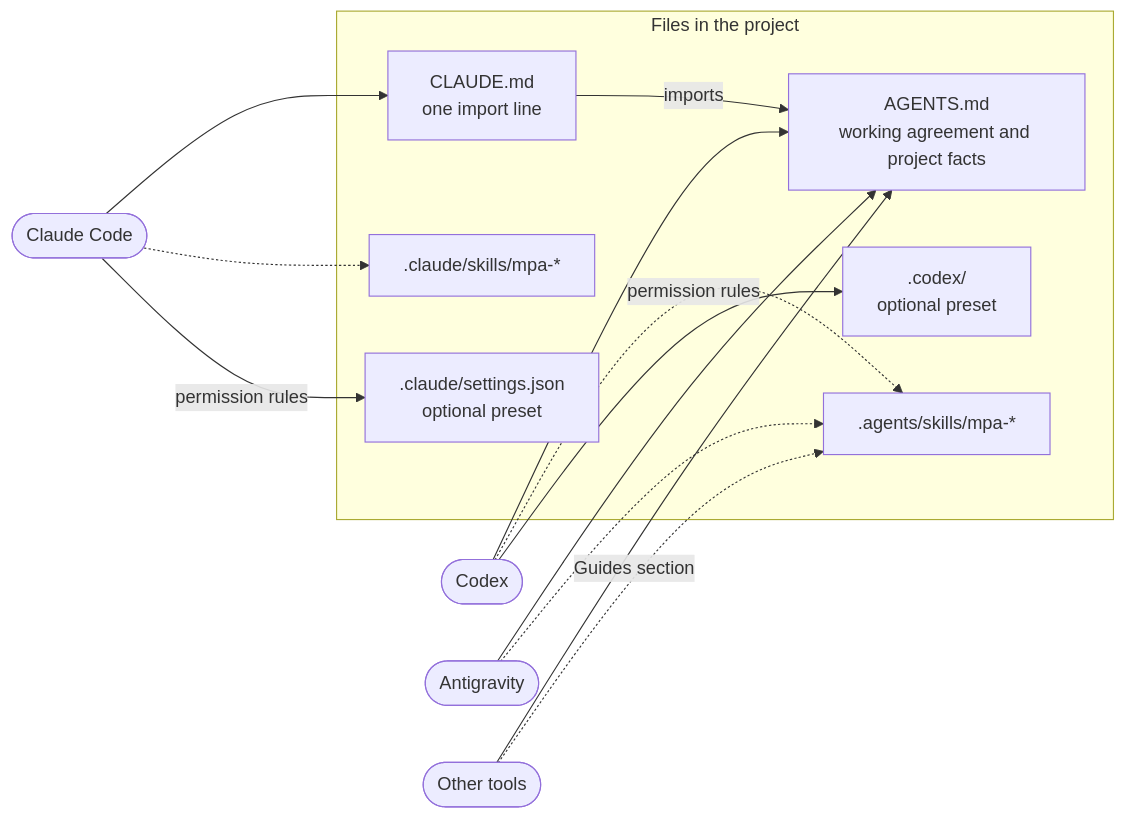
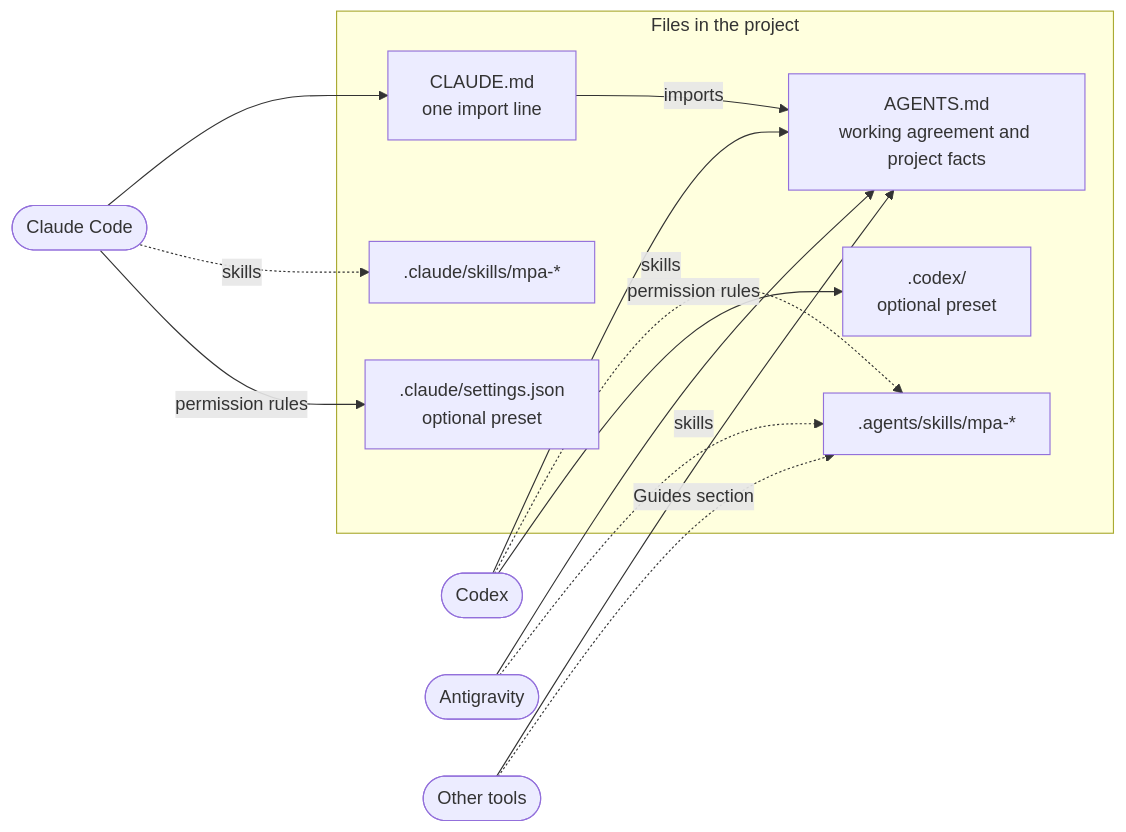
One commit to laurenzpavlosmalisianos/master-prompt-agreement changed the diagram in README.md. Above: the diagram before and after it, drawn with Mermaid.

Commit message:
Align Antigravity with the other named tools in the README chart

````diff
--- a/README.md
+++ b/README.md
@@ -21,28 +21,28 @@
 ```mermaid
 flowchart LR
     claude(["Claude Code"])
     codex(["Codex"])
     antigravity(["Antigravity"])
     other(["Other tools"])
 
     subgraph project["Files in the project"]
         claudemd["CLAUDE.md<br>one import line"]
         agents["AGENTS.md<br>working agreement and project facts"]
         claudeskills[".claude/skills/mpa-*"]
         agentskills[".agents/skills/mpa-*"]
         settings[".claude/settings.json<br>optional preset"]
         codexdir[".codex/<br>optional preset"]
     end
 
     claude --> claudemd
     claudemd -->|imports| agents
     codex --> agents
     antigravity --> agents
     other --> agents
-    claude -.-> claudeskills
-    codex -.-> agentskills
-    antigravity -.-> agentskills
+    claude -.->|skills| claudeskills
+    codex -.->|skills| agentskills
+    antigravity -.->|skills| agentskills
     other -.->|Guides section| agentskills
     claude -->|permission rules| settings
     codex -->|permission rules| codexdir
 ```
````
